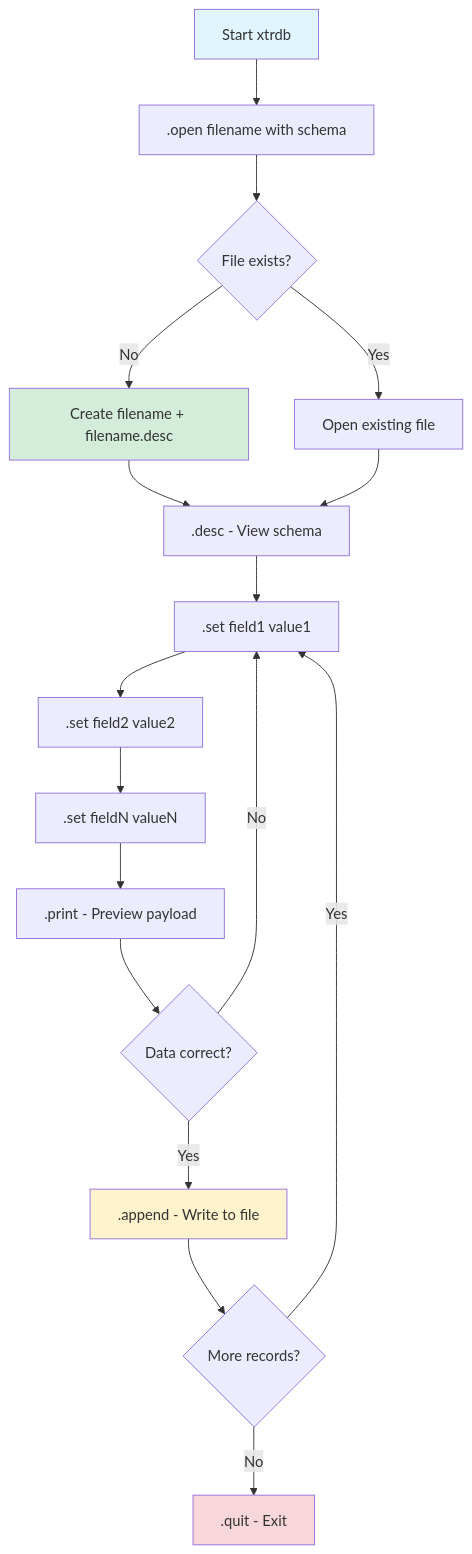
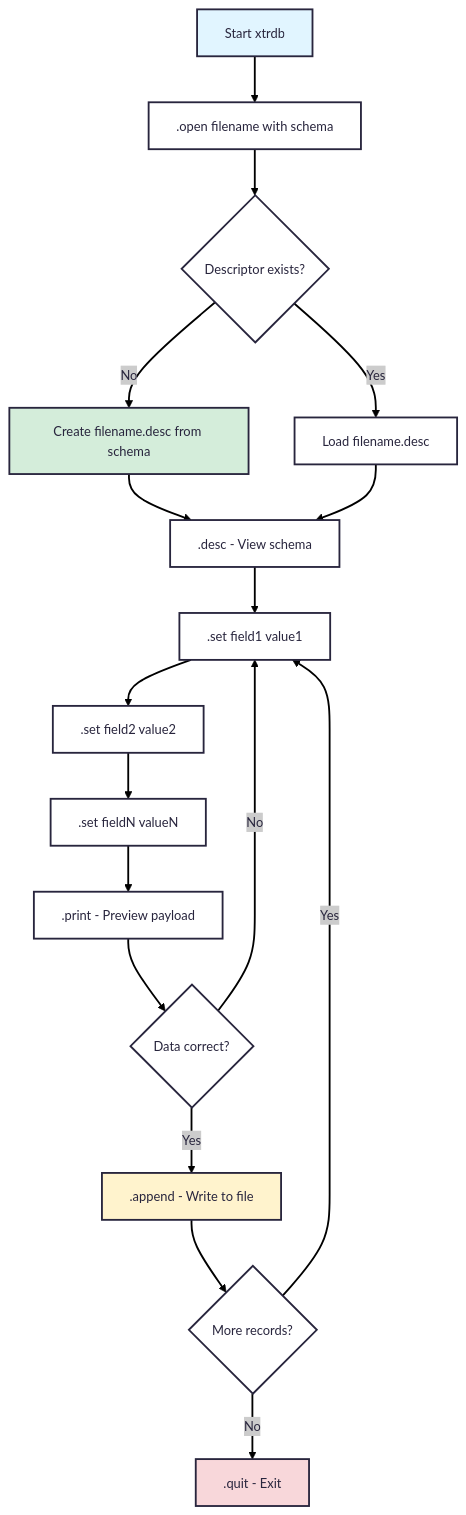
Before and after one commit to michalwidera/retractordb: the first of 7 diagrams in src/rdb/README.md, drawn with Mermaid. The commit also changed other lines of this file, not shown here.

````diff
--- a/src/rdb/README.md
+++ b/src/rdb/README.md
@@ -263,24 +282,25 @@
 ```mermaid
+%%{init: {'theme': 'redux-color', "flowchart" : { "curve" : "basis" } } }%%
 flowchart TD
     A[Start xtrdb] --> B[.open filename with schema]
-    B --> C{File exists?}
-    C -->|No| D[Create filename + filename.desc]
-    C -->|Yes| E[Open existing file]
+    B --> C{Descriptor exists?}
+    C -->|No| D[Create filename.desc from schema]
+    C -->|Yes| E[Load filename.desc]
     D --> F[.desc - View schema]
     E --> F
     F --> G[.set field1 value1]
     G --> H[.set field2 value2]
     H --> I[.set fieldN valueN]
     I --> J[.print - Preview payload]
     J --> K{Data correct?}
     K -->|No| G
     K -->|Yes| L[.append - Write to file]
     L --> M{More records?}
     M -->|Yes| G
     M -->|No| N[.quit - Exit]
     
     style A fill:#e1f5ff
     style D fill:#d4edda
     style L fill:#fff3cd
     style N fill:#f8d7da
 ```
````
